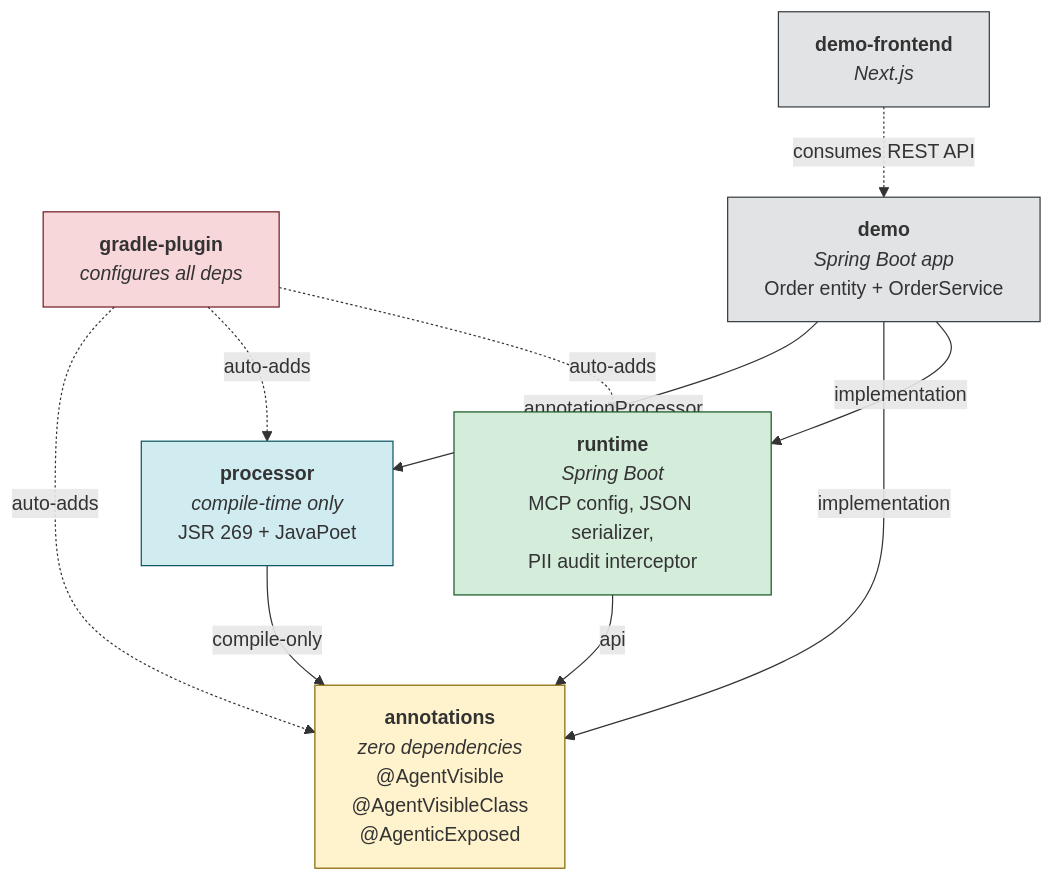
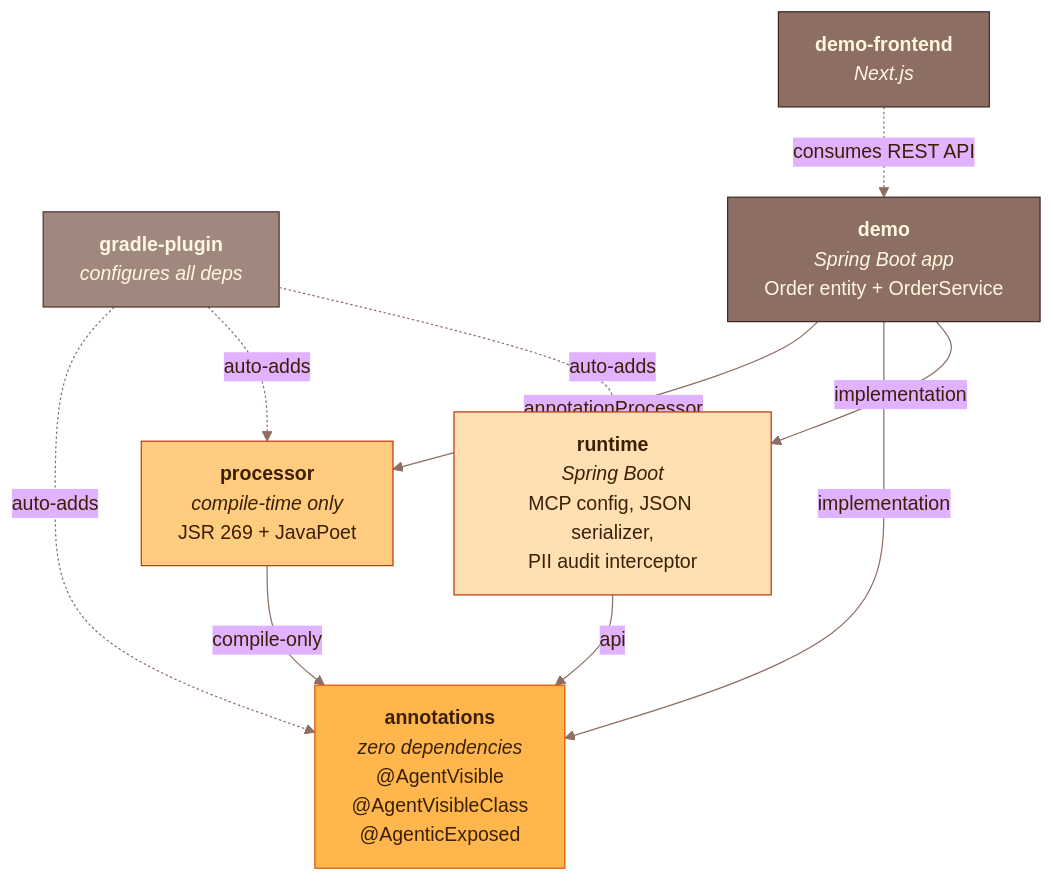
One commit to gosha70/ai-atlas changed the second of 4 diagrams in README.md. Above: the diagram before and after it, drawn with Mermaid. The commit also changed other lines of this file, not shown here.

````diff
--- a/README.md
+++ b/README.md
@@ -110,26 +119,27 @@
 ```mermaid
+%%{init: {'theme': 'base', 'themeVariables': {'primaryColor': '#FFE0B2', 'primaryTextColor': '#3b2006', 'primaryBorderColor': '#E65100', 'lineColor': '#8D6E63', 'textColor': '#3b2006'}}}%%
 graph TD
     annotations["<b>annotations</b><br/><i>zero dependencies</i><br/>@AgentVisible<br/>@AgentVisibleClass<br/>@AgenticExposed"]
     processor["<b>processor</b><br/><i>compile-time only</i><br/>JSR 269 + JavaPoet"]
     runtime["<b>runtime</b><br/><i>Spring Boot</i><br/>MCP config, JSON serializer,<br/>PII audit interceptor"]
     plugin["<b>gradle-plugin</b><br/><i>configures all deps</i>"]
     demo["<b>demo</b><br/><i>Spring Boot app</i><br/>Order entity + OrderService"]
     demo_fe["<b>demo-frontend</b><br/><i>Next.js</i>"]
 
     processor -->|"compile-only"| annotations
     runtime -->|"api"| annotations
     plugin -.->|"auto-adds"| annotations
     plugin -.->|"auto-adds"| processor
     plugin -.->|"auto-adds"| runtime
     demo -->|"annotationProcessor"| processor
     demo -->|"implementation"| annotations
     demo -->|"implementation"| runtime
     demo_fe -.->|"consumes REST API"| demo
 
-    style annotations fill:#fff3cd,stroke:#856404
-    style processor fill:#d1ecf1,stroke:#0c5460
-    style runtime fill:#d4edda,stroke:#155724
-    style plugin fill:#f8d7da,stroke:#721c24
-    style demo fill:#e2e3e5,stroke:#383d41
-    style demo_fe fill:#e2e3e5,stroke:#383d41
+    style annotations fill:#FFB74D,stroke:#E65100,color:#3b2006
+    style processor fill:#FFCC80,stroke:#BF360C,color:#3b2006
+    style runtime fill:#FFE0B2,stroke:#BF360C,color:#3b2006
+    style plugin fill:#A1887F,stroke:#4E342E,color:#FFF8E1
+    style demo fill:#8D6E63,stroke:#3E2723,color:#FFF8E1
+    style demo_fe fill:#8D6E63,stroke:#3E2723,color:#FFF8E1
 ```
````
